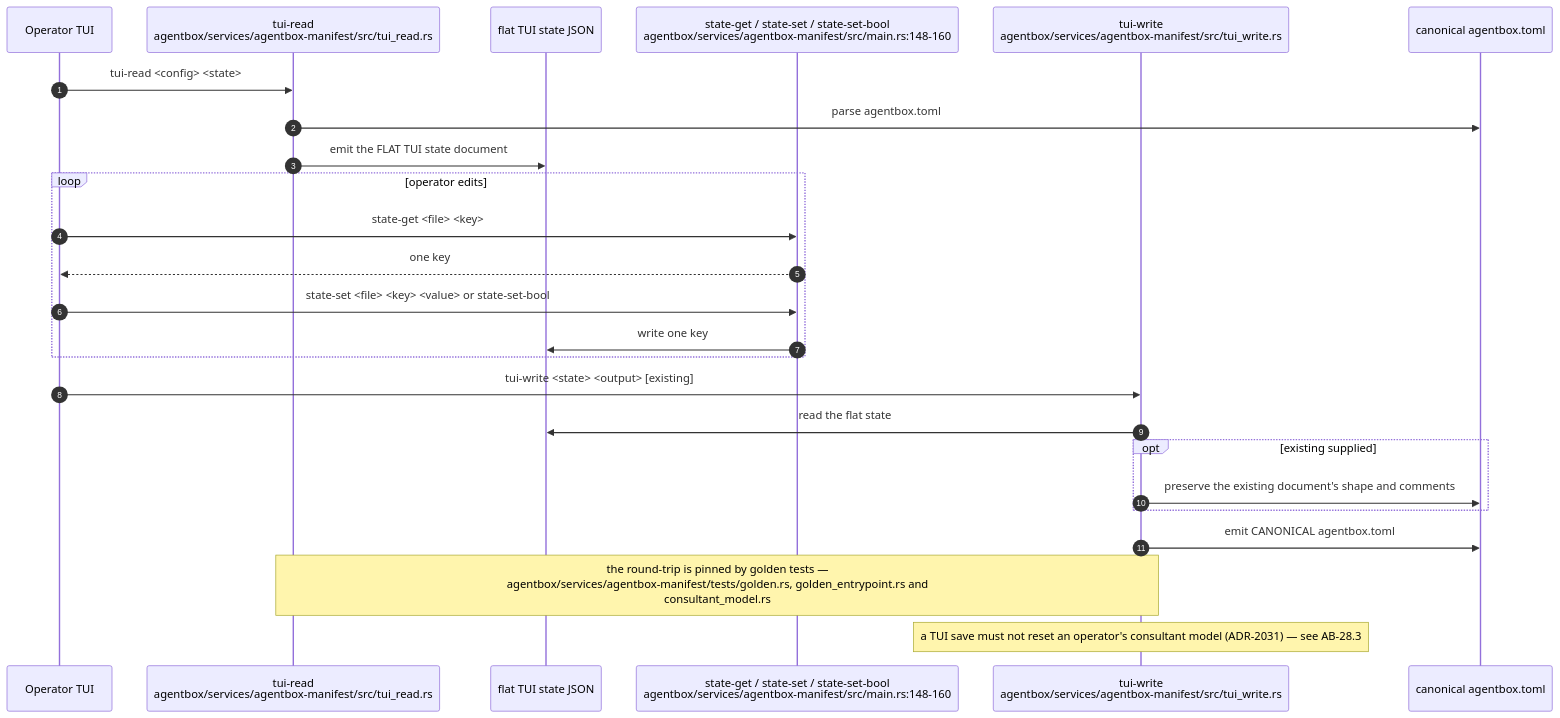
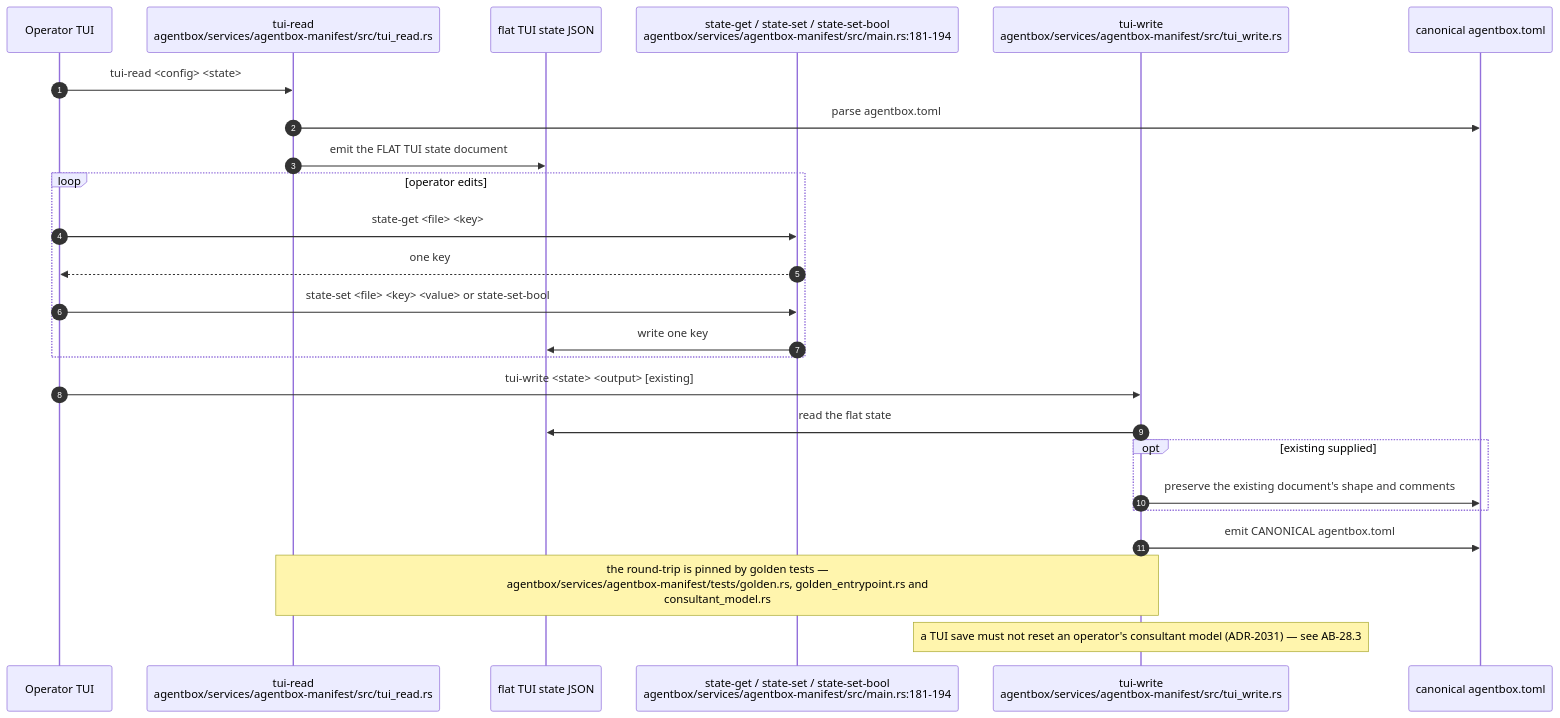
The fourth of 13 diagrams in docs/diagrams/agentbox/28-agentbox-services-and-manifest-binary.md (DreamLab-AI/VisionFlow), drawn with Mermaid before and after one commit. The commit also changed other lines of this file and 28 other files, not shown here.

````diff
--- a/docs/diagrams/agentbox/28-agentbox-services-and-manifest-binary.md
+++ b/docs/diagrams/agentbox/28-agentbox-services-and-manifest-binary.md
@@ -189,28 +195,28 @@
 ```mermaid
 sequenceDiagram
     autonumber
     participant OP as Operator TUI
     participant RD as tui-read<br/>agentbox/services/agentbox-manifest/src/tui_read.rs
     participant STATE as flat TUI state JSON
-    participant GET as state-get / state-set / state-set-bool<br/>agentbox/services/agentbox-manifest/src/main.rs:148-160
+    participant GET as state-get / state-set / state-set-bool<br/>agentbox/services/agentbox-manifest/src/main.rs:181-194
     participant WR as tui-write<br/>agentbox/services/agentbox-manifest/src/tui_write.rs
     participant TOML as canonical agentbox.toml
 
     OP->>RD: tui-read <config> <state>
     RD->>TOML: parse agentbox.toml
     RD->>STATE: emit the FLAT TUI state document
     loop operator edits
         OP->>GET: state-get <file> <key>
         GET-->>OP: one key
         OP->>GET: state-set <file> <key> <value> or state-set-bool
         GET->>STATE: write one key
     end
     OP->>WR: tui-write <state> <output> [existing]
     WR->>STATE: read the flat state
     opt existing supplied
         WR->>TOML: preserve the existing document's shape and comments
     end
     WR->>TOML: emit CANONICAL agentbox.toml
     Note over RD,WR: the round-trip is pinned by golden tests —<br/>agentbox/services/agentbox-manifest/tests/golden.rs, golden_entrypoint.rs and<br/>consultant_model.rs
     Note over WR: a TUI save must not reset an operator's consultant model (ADR-2031) — see AB-28.3
 ```
````
